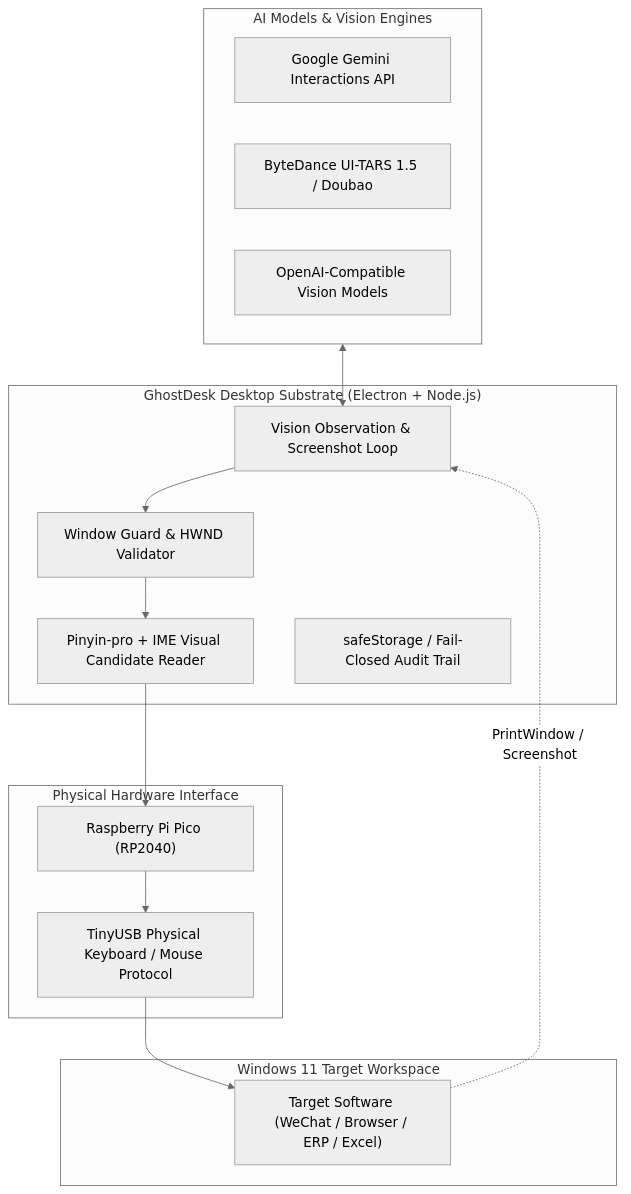
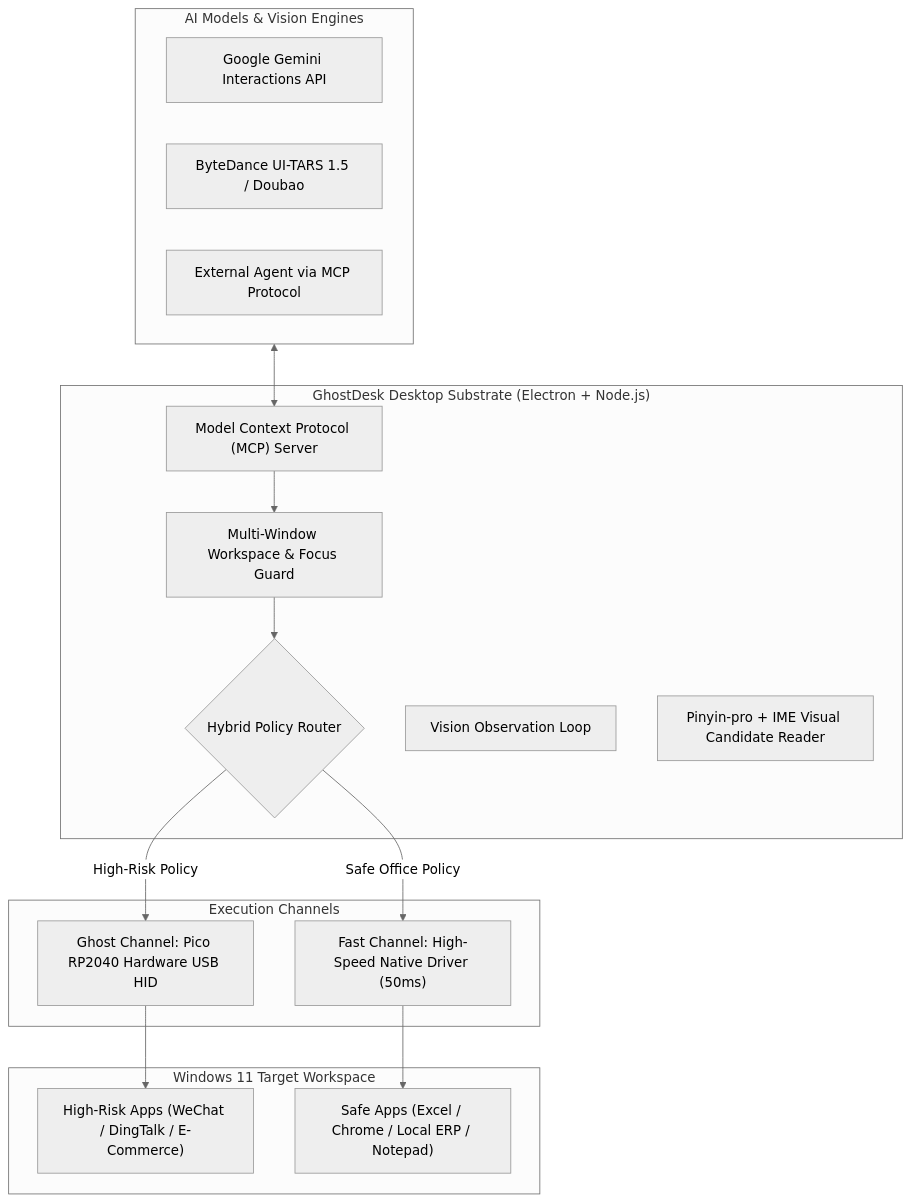
The diagram in README.md (AIMarshallLee/GhostDesk), drawn with Mermaid (neutral theme) before and after one commit. The commit also changed other lines of this file and 10 other files, not shown here.

Commit message:
feat(substrate): v0.8.0 - hybrid execution (fast vs ghost), multi-window workspace, and MCP server

````diff
--- a/README.md
+++ b/README.md
@@ -34,32 +35,34 @@
 ```mermaid
 graph TD
     subgraph AI_Brains ["AI Models & Vision Engines"]
         M1["Google Gemini Interactions API"]
         M2["ByteDance UI-TARS 1.5 / Doubao"]
-        M3["OpenAI-Compatible Vision Models"]
+        M3["External Agent via MCP Protocol"]
     end
 
     subgraph Core_Desktop ["GhostDesk Desktop Substrate (Electron + Node.js)"]
-        GW["Window Guard & HWND Validator"]
-        VLM["Vision Observation & Screenshot Loop"]
+        WM["Multi-Window Workspace & Focus Guard"]
+        PR{"Hybrid Policy Router"}
+        VLM["Vision Observation Loop"]
         IME["Pinyin-pro + IME Visual Candidate Reader"]
-        SEC["safeStorage / Fail-Closed Audit Trail"]
+        MCP["Model Context Protocol (MCP) Server"]
     end
 
-    subgraph Hardware_Layer ["Physical Hardware Interface"]
-        PICO["Raspberry Pi Pico (RP2040)"]
-        USB_HID["TinyUSB Physical Keyboard / Mouse Protocol"]
+    subgraph Execution_Channels ["Execution Channels"]
+        PICO["Ghost Channel: Pico RP2040 Hardware USB HID"]
+        FAST["Fast Channel: High-Speed Native Driver (50ms)"]
     end
 
     subgraph Target_OS ["Windows 11 Target Workspace"]
-        APPS["Target Software (WeChat / Browser / ERP / Excel)"]
+        SENSITIVE["High-Risk Apps (WeChat / DingTalk / E-Commerce)"]
+        OFFICE["Safe Apps (Excel / Chrome / Local ERP / Notepad)"]
     end
 
-    AI_Brains <--> VLM
-    VLM --> GW
-    GW --> IME
-    IME --> PICO
-    PICO --> USB_HID
-    USB_HID --> APPS
-    APPS -.->|"PrintWindow / Screenshot"| VLM
+    AI_Brains <--> MCP
+    MCP --> WM
+    WM --> PR
+    PR -->|"High-Risk Policy"| PICO
+    PR -->|"Safe Office Policy"| FAST
+    PICO --> SENSITIVE
+    FAST --> OFFICE
 ```
````
